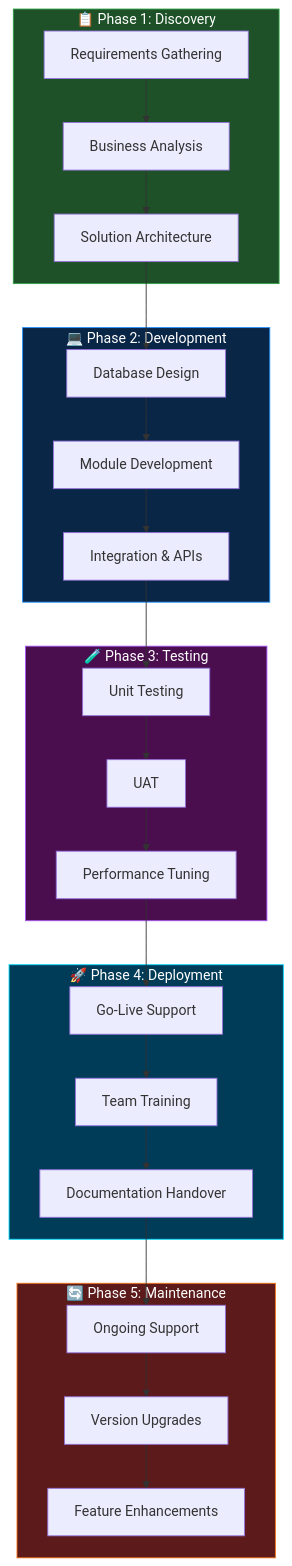
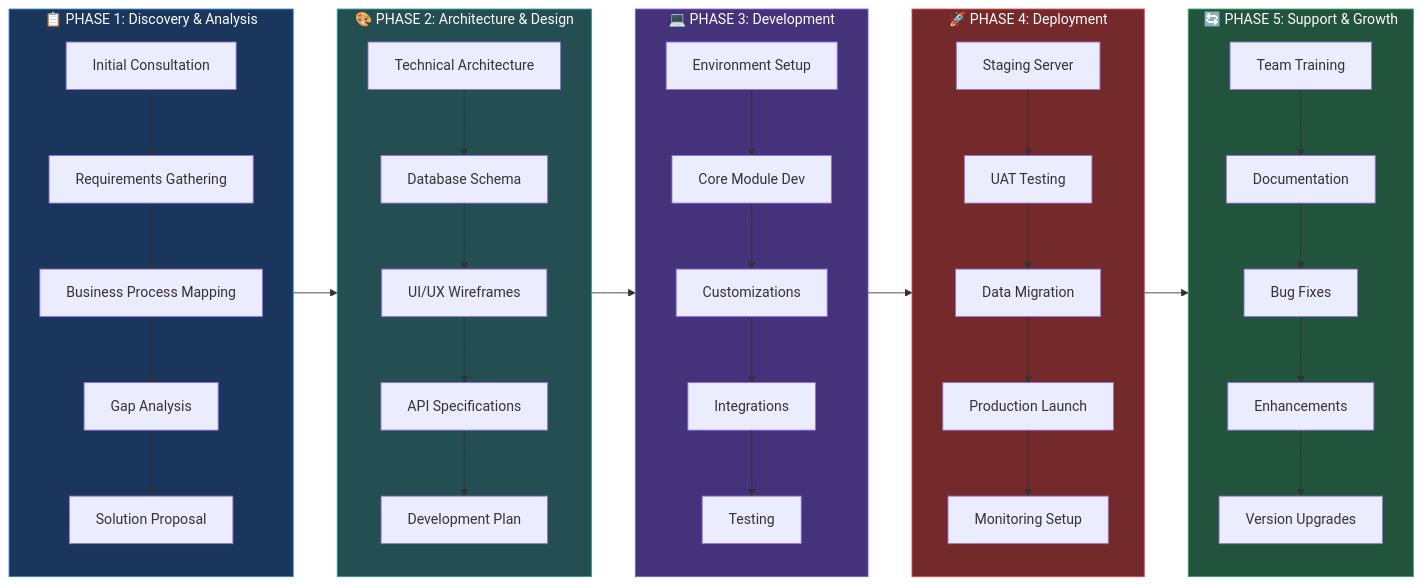
One commit to Elmasry-631/Elmasry-631 changed the second of 2 diagrams in README.md. Above: the diagram before and after it, drawn with Mermaid. The commit also changed other lines of this file, not shown here.

````diff
--- a/README.md
+++ b/README.md
@@ -867,37 +1129,50 @@
 ```mermaid
-flowchart TB
-    subgraph Phase1["📋 Phase 1: Discovery"]
-        A[Requirements Gathering] --> B[Business Analysis]
-        B --> C[Solution Architecture]
+flowchart LR
+    subgraph DISCOVERY["📋 PHASE 1: Discovery & Analysis"]
+        direction TB
+        D1[Initial Consultation] --> D2[Requirements Gathering]
+        D2 --> D3[Business Process Mapping]
+        D3 --> D4[Gap Analysis]
+        D4 --> D5[Solution Proposal]
     end
     
-    subgraph Phase2["💻 Phase 2: Development"]
-        C --> D[Database Design]
-        D --> E[Module Development]
-        E --> F[Integration & APIs]
+    subgraph DESIGN["🎨 PHASE 2: Architecture & Design"]
+        direction TB
+        DS1[Technical Architecture] --> DS2[Database Schema]
+        DS2 --> DS3[UI/UX Wireframes]
+        DS3 --> DS4[API Specifications]
+        DS4 --> DS5[Development Plan]
     end
     
-    subgraph Phase3["🧪 Phase 3: Testing"]
-        F --> G[Unit Testing]
-        G --> H[UAT]
-        H --> I[Performance Tuning]
+    subgraph BUILD["💻 PHASE 3: Development"]
+        direction TB
+        B1[Environment Setup] --> B2[Core Module Dev]
+        B2 --> B3[Customizations]
+        B3 --> B4[Integrations]
+        B4 --> B5[Testing]
     end
     
-    subgraph Phase4["🚀 Phase 4: Deployment"]
-        I --> J[Go-Live Support]
-        J --> K[Team Training]
-        K --> L[Documentation Handover]
+    subgraph DEPLOY["🚀 PHASE 4: Deployment"]
+        direction TB
+        DP1[Staging Server] --> DP2[UAT Testing]
+        DP2 --> DP3[Data Migration]
+        DP3 --> DP4[Production Launch]
+        DP4 --> DP5[Monitoring Setup]
     end
     
-    subgraph Phase5["🔄 Phase 5: Maintenance"]
-        L --> M[Ongoing Support]
-        M --> N[Version Upgrades]
-        N --> O[Feature Enhancements]
+    subgraph SUPPORT["🔄 PHASE 5: Support & Growth"]
+        direction TB
+        S1[Team Training] --> S2[Documentation]
+        S2 --> S3[Bug Fixes]
+        S3 --> S4[Enhancements]
+        S4 --> S5[Version Upgrades]
     end
+    
+    DISCOVERY --> DESIGN --> BUILD --> DEPLOY --> SUPPORT
 
-    style Phase1 fill:#1E5128,color:#fff,stroke:#2EA043
-    style Phase2 fill:#0A2647,color:#fff,stroke:#1E90FF
-    style Phase3 fill:#4A0E4E,color:#fff,stroke:#A855F7
-    style Phase4 fill:#003C58,color:#fff,stroke:#00D9FF
-    style Phase5 fill:#5C1A1A,color:#fff,stroke:#F97316
+    style DISCOVERY fill:#1a365d,color:#fff,stroke:#3182ce
+    style DESIGN fill:#234e52,color:#fff,stroke:#319795
+    style BUILD fill:#44337a,color:#fff,#fff,stroke:#805ad5
+    style DEPLOY fill:#742a2a,color:#fff,stroke:#e53e3e
+    style SUPPORT fill:#22543d,color:#fff,stroke:#38a169
 ```
````
